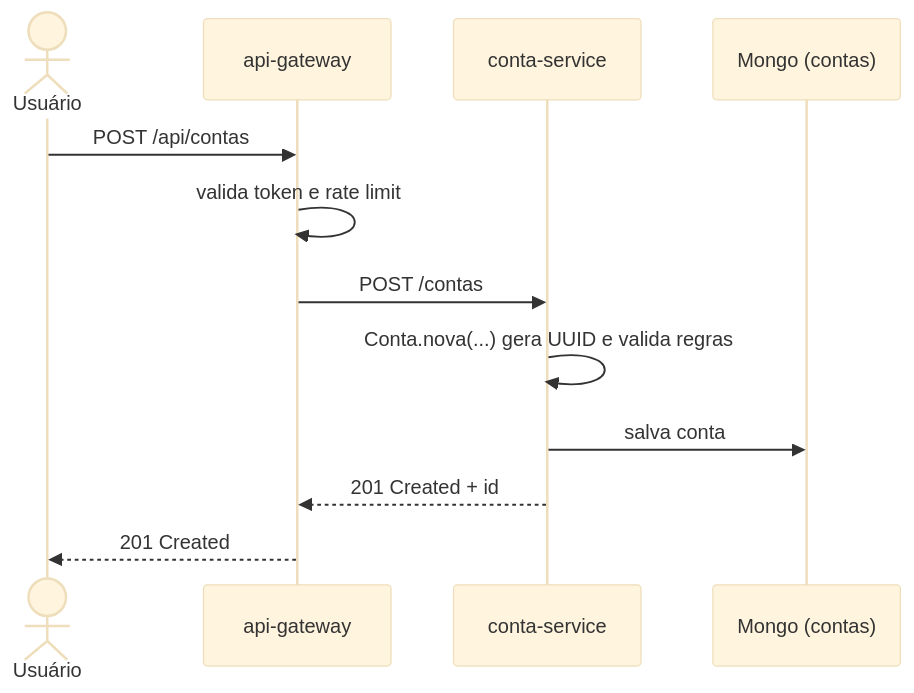
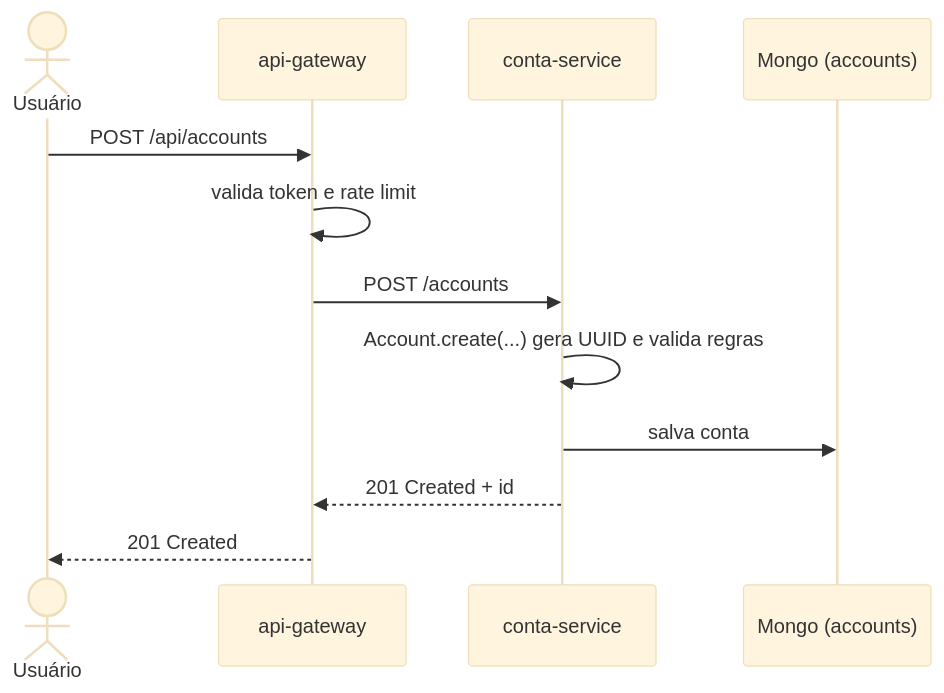
The first of 9 diagrams in docs/fluxos.md (DiiOliiver/finance-api), drawn with Mermaid (base theme) before and after one commit. The commit also changed other lines of this file and 13 other files, not shown here.

````diff
--- a/docs/fluxos.md
+++ b/docs/fluxos.md
@@ -21,15 +21,15 @@
 ```mermaid
 sequenceDiagram
     actor U as Usuário
     participant GW as api-gateway
     participant CS as conta-service
-    participant DB as Mongo (contas)
+    participant DB as Mongo (accounts)
 
-    U->>GW: POST /api/contas
+    U->>GW: POST /api/accounts
     GW->>GW: valida token e rate limit
-    GW->>CS: POST /contas
-    CS->>CS: Conta.nova(...) gera UUID e valida regras
+    GW->>CS: POST /accounts
+    CS->>CS: Account.create(...) gera UUID e valida regras
     CS->>DB: salva conta
     CS-->>GW: 201 Created + id
     GW-->>U: 201 Created
 ```
````
